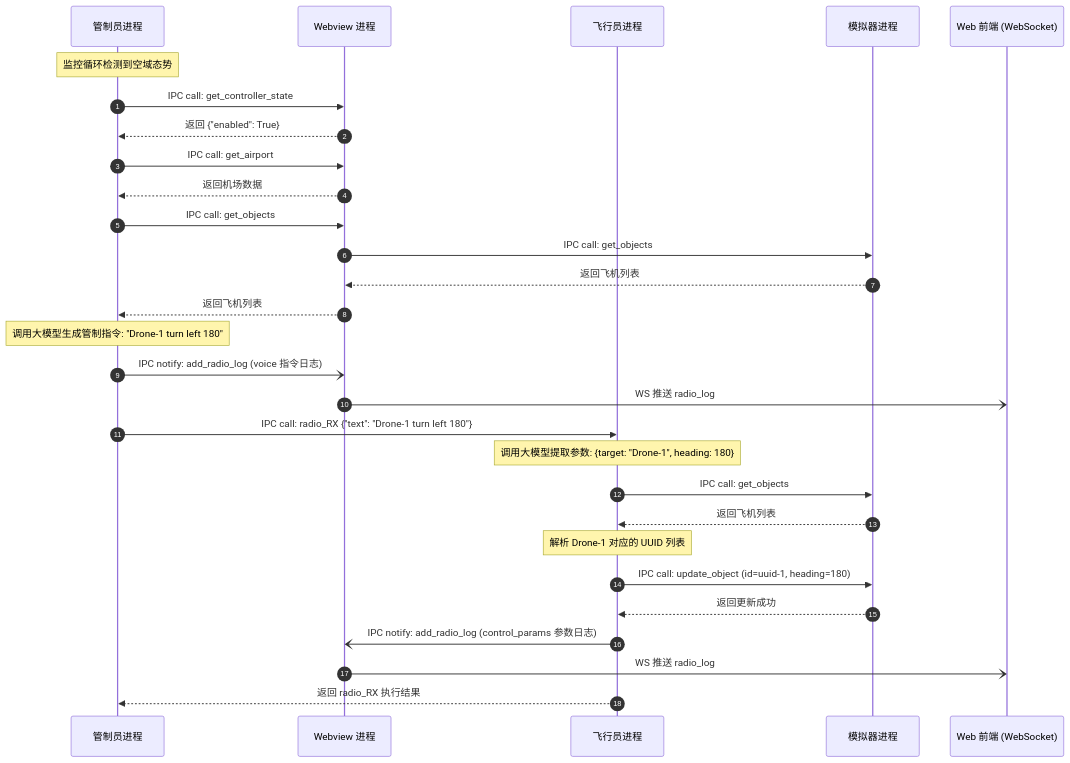
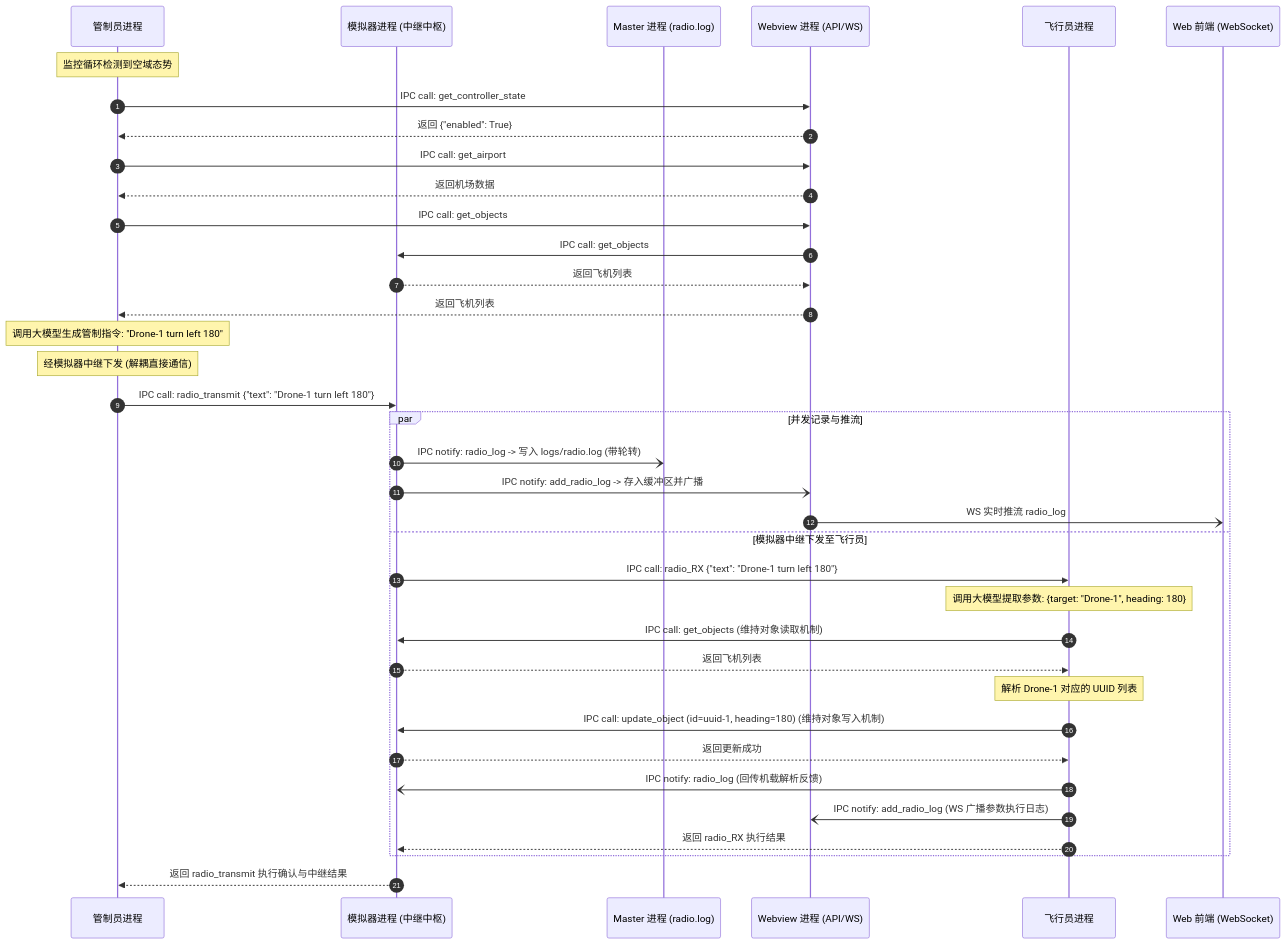
The first of 3 diagrams in doc/README.md (mugendainayumeatono/test_of_realtime_AI_agent), drawn with Mermaid before and after one commit. The commit also changed other lines of this file and 19 other files, not shown here.

````diff
--- a/doc/README.md
+++ b/doc/README.md
@@ -163,34 +166,43 @@
 ```mermaid
 sequenceDiagram
     autonumber
     participant Controller as 管制员进程
-    participant Webview as Webview 进程
+    participant Simulator as 模拟器进程 (中继中枢)
+    participant Master as Master 进程 (radio.log)
+    participant Webview as Webview 进程 (API/WS)
     participant Pilot as 飞行员进程
-    participant Simulator as 模拟器进程
     participant Frontend as Web 前端 (WebSocket)
 
     Note over Controller: 监控循环检测到空域态势
     Controller->>Webview: IPC call: get_controller_state
     Webview-->>Controller: 返回 {"enabled": True}
     Controller->>Webview: IPC call: get_airport
     Webview-->>Controller: 返回机场数据
     Controller->>Webview: IPC call: get_objects
     Webview->>Simulator: IPC call: get_objects
     Simulator-->>Webview: 返回飞机列表
     Webview-->>Controller: 返回飞机列表
 
     Note over Controller: 调用大模型生成管制指令: "Drone-1 turn left 180"
-    Controller-)Webview: IPC notify: add_radio_log (voice 指令日志)
-    Webview-)Frontend: WS 推送 radio_log
+    Note over Controller: 经模拟器中继下发 (解耦直接通信)
+    Controller->>Simulator: IPC call: radio_transmit {"text": "Drone-1 turn left 180"}
 
-    Controller->>Pilot: IPC call: radio_RX {"text": "Drone-1 turn left 180"}
-    Note over Pilot: 调用大模型提取参数: {target: "Drone-1", heading: 180}
-    Pilot->>Simulator: IPC call: get_objects
-    Simulator-->>Pilot: 返回飞机列表
-    Note over Pilot: 解析 Drone-1 对应的 UUID 列表
-    Pilot->>Simulator: IPC call: update_object (id=uuid-1, heading=180)
-    Simulator-->>Pilot: 返回更新成功
-    Pilot-)Webview: IPC notify: add_radio_log (control_params 参数日志)
-    Webview-)Frontend: WS 推送 radio_log
-    Pilot-->>Controller: 返回 radio_RX 执行结果
+    par 并发记录与推流
+        Simulator-)Master: IPC notify: radio_log -> 写入 logs/radio.log (带轮转)
+        Simulator-)Webview: IPC notify: add_radio_log -> 存入缓冲区并广播
+        Webview-)Frontend: WS 实时推流 radio_log
+    and 模拟器中继下发至飞行员
+        Simulator->>Pilot: IPC call: radio_RX {"text": "Drone-1 turn left 180"}
+        Note over Pilot: 调用大模型提取参数: {target: "Drone-1", heading: 180}
+        Pilot->>Simulator: IPC call: get_objects (维持对象读取机制)
+        Simulator-->>Pilot: 返回飞机列表
+        Note over Pilot: 解析 Drone-1 对应的 UUID 列表
+        Pilot->>Simulator: IPC call: update_object (id=uuid-1, heading=180) (维持对象写入机制)
+        Simulator-->>Pilot: 返回更新成功
+        Pilot-)Simulator: IPC notify: radio_log (回传机载解析反馈)
+        Pilot-)Webview: IPC notify: add_radio_log (WS 广播参数执行日志)
+        Pilot-->>Simulator: 返回 radio_RX 执行结果
+    end
+
+    Simulator-->>Controller: 返回 radio_transmit 执行确认与中继结果
 ```
````
